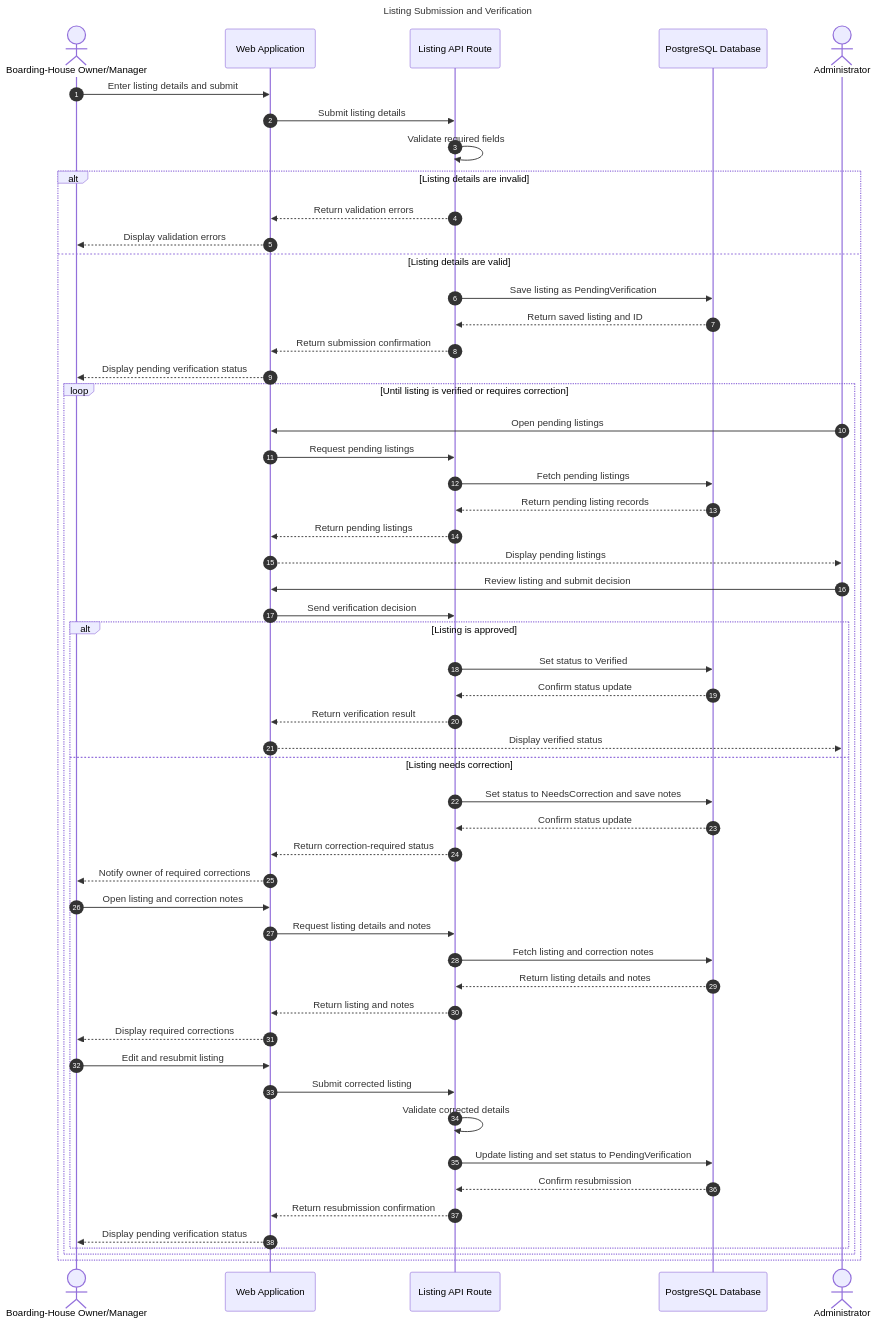
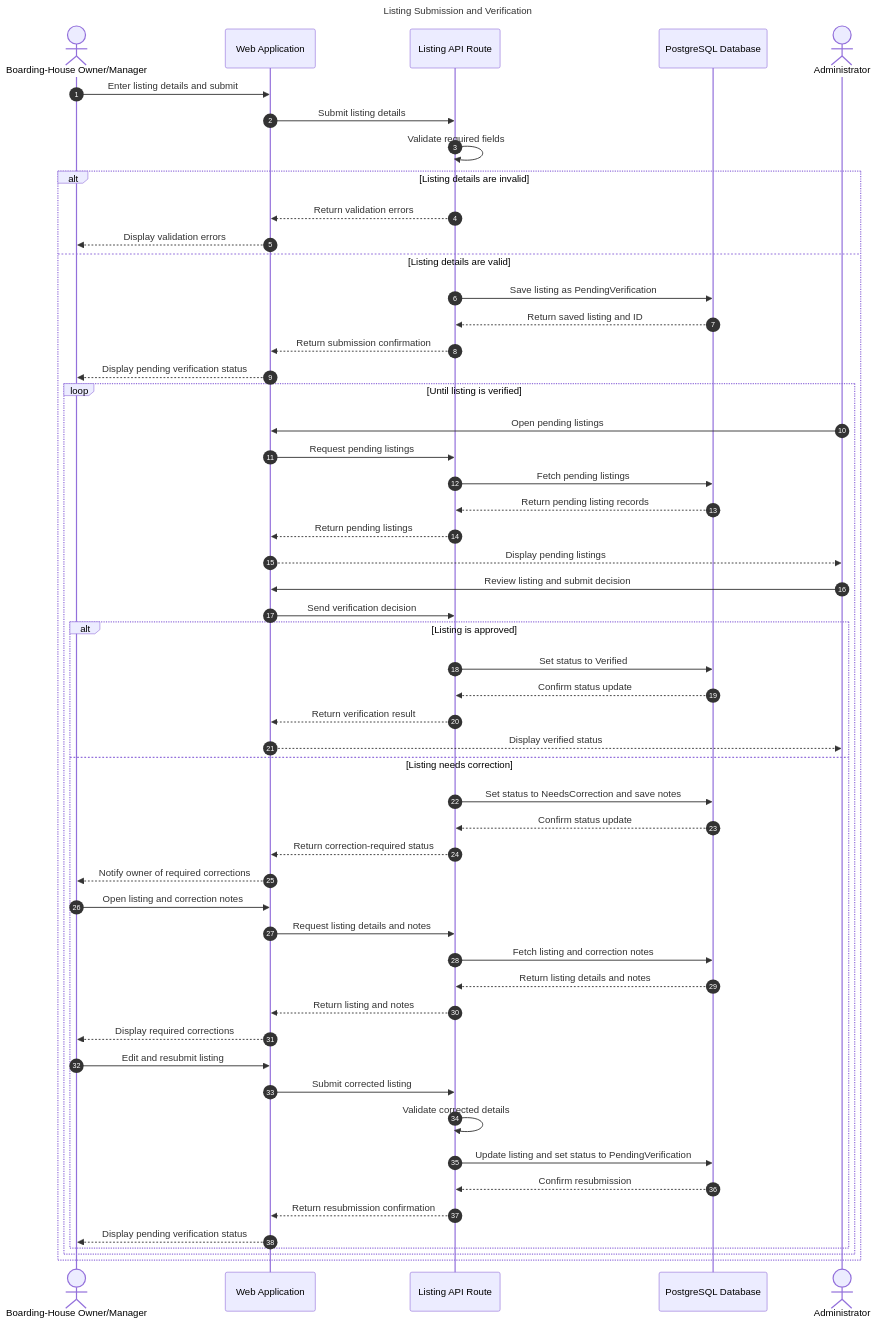
The diagram in docs/architecture/sequence.md (joanaandes23/web-based-boarding-house-finder), drawn with Mermaid before and after one commit. The commit also changed other lines of this file, not shown here.

````diff
--- a/docs/architecture/sequence.md
+++ b/docs/architecture/sequence.md
@@ -6,64 +5,64 @@
 ```mermaid
 sequenceDiagram
     title Listing Submission and Verification
     autonumber
 
     actor Owner as Boarding-House Owner/Manager
     participant Web as Web Application
     participant API as Listing API Route
     participant DB as PostgreSQL Database
     actor Admin as Administrator
 
     Owner->>Web: Enter listing details and submit
     Web->>API: Submit listing details
     API->>API: Validate required fields
 
     alt Listing details are invalid
         API-->>Web: Return validation errors
         Web-->>Owner: Display validation errors
     else Listing details are valid
         API->>DB: Save listing as PendingVerification
         DB-->>API: Return saved listing and ID
         API-->>Web: Return submission confirmation
         Web-->>Owner: Display pending verification status
 
-        loop Until listing is verified or requires correction
+        loop Until listing is verified
             Admin->>Web: Open pending listings
             Web->>API: Request pending listings
             API->>DB: Fetch pending listings
             DB-->>API: Return pending listing records
             API-->>Web: Return pending listings
             Web-->>Admin: Display pending listings
 
             Admin->>Web: Review listing and submit decision
             Web->>API: Send verification decision
 
             alt Listing is approved
                 API->>DB: Set status to Verified
                 DB-->>API: Confirm status update
                 API-->>Web: Return verification result
                 Web-->>Admin: Display verified status
             else Listing needs correction
                 API->>DB: Set status to NeedsCorrection and save notes
                 DB-->>API: Confirm status update
                 API-->>Web: Return correction-required status
                 Web-->>Owner: Notify owner of required corrections
 
                 Owner->>Web: Open listing and correction notes
                 Web->>API: Request listing details and notes
                 API->>DB: Fetch listing and correction notes
                 DB-->>API: Return listing details and notes
                 API-->>Web: Return listing and notes
                 Web-->>Owner: Display required corrections
 
                 Owner->>Web: Edit and resubmit listing
                 Web->>API: Submit corrected listing
                 API->>API: Validate corrected details
                 API->>DB: Update listing and set status to PendingVerification
                 DB-->>API: Confirm resubmission
                 API-->>Web: Return resubmission confirmation
                 Web-->>Owner: Display pending verification status
             end
         end
     end
 ```
````
